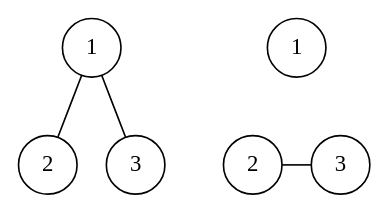
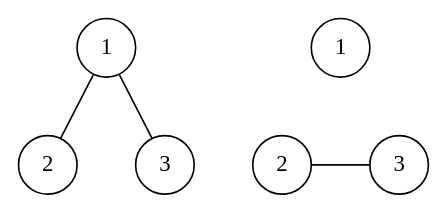
One commit to alek3y/cs changed the third of 5 diagrams in src/ct0371-1/02/01/README.md. Above: the diagram before and after it, drawn with Graphviz. The commit also changed other lines of this file and 10 other files, not shown here.

````diff
--- a/src/ct0371-1/02/01/README.md
+++ b/src/ct0371-1/02/01/README.md
@@ -133,19 +134,20 @@
 	```dot process
 	digraph {
 		node [shape=circle]
 		edge [dir=none]
 
 		11 [label="1"]
 		21 [label="2"]
 		31 [label="3"]
 
 		1 -> 2, 3
 		11 -> 21, 31 [style=invis]
 		{
 			rank=same
+			edge [minlen=2]
 			2 -> 3 [style=invis]
-			3 -> 21 [minlen=2 style=invis]
+			3 -> 21 [style=invis]
 			21 -> 31
 		}
 	}
 	```
````
